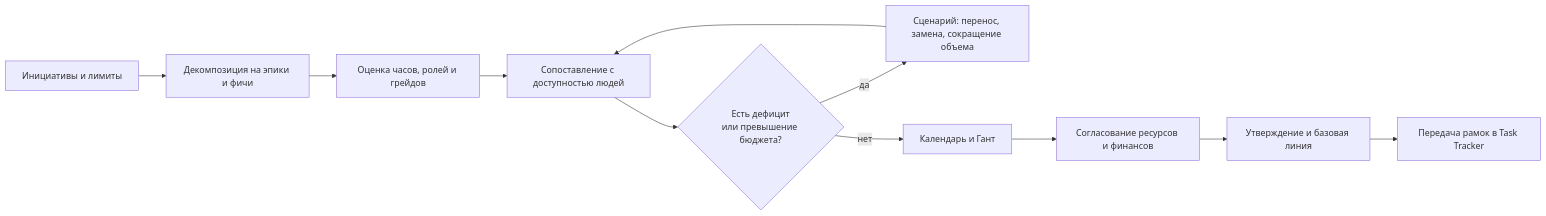
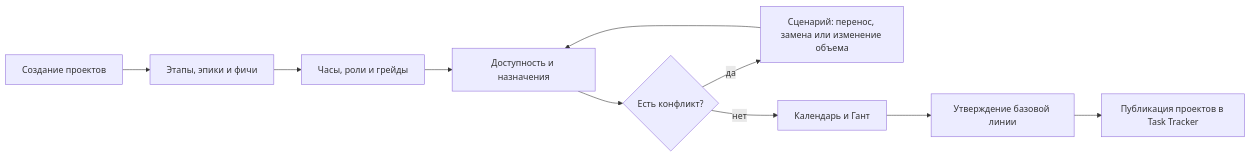
Before and after one commit to MEPhI-C22-501/arch-info-system-monorepo: the first of 2 diagrams in planning-system/docs/vision.md, drawn with Mermaid. The commit also changed other lines of this file and 15 other files, not shown here.

````diff
--- a/planning-system/docs/vision.md
+++ b/planning-system/docs/vision.md
@@ -87,13 +51,12 @@
 ```mermaid
 flowchart LR
-  A["Инициативы и лимиты"] --> B["Декомпозиция на эпики и фичи"]
-  B --> C["Оценка часов, ролей и грейдов"]
-  C --> D["Сопоставление с доступностью людей"]
-  D --> E{"Есть дефицит<br/>или превышение бюджета?"}
-  E -->|"да"| F["Сценарий: перенос, замена, сокращение объема"]
+  A["Создание проектов"] --> B["Этапы, эпики и фичи"]
+  B --> C["Часы, роли и грейды"]
+  C --> D["Доступность и назначения"]
+  D --> E{"Есть конфликт?"}
+  E -->|"да"| F["Сценарий: перенос, замена или изменение объема"]
   F --> D
   E -->|"нет"| G["Календарь и Гант"]
-  G --> H["Согласование ресурсов и финансов"]
-  H --> I["Утверждение и базовая линия"]
-  I --> J["Передача рамок в Task Tracker"]
+  G --> H["Утверждение базовой линии"]
+  H --> I["Публикация проектов в Task Tracker"]
 ```
````
